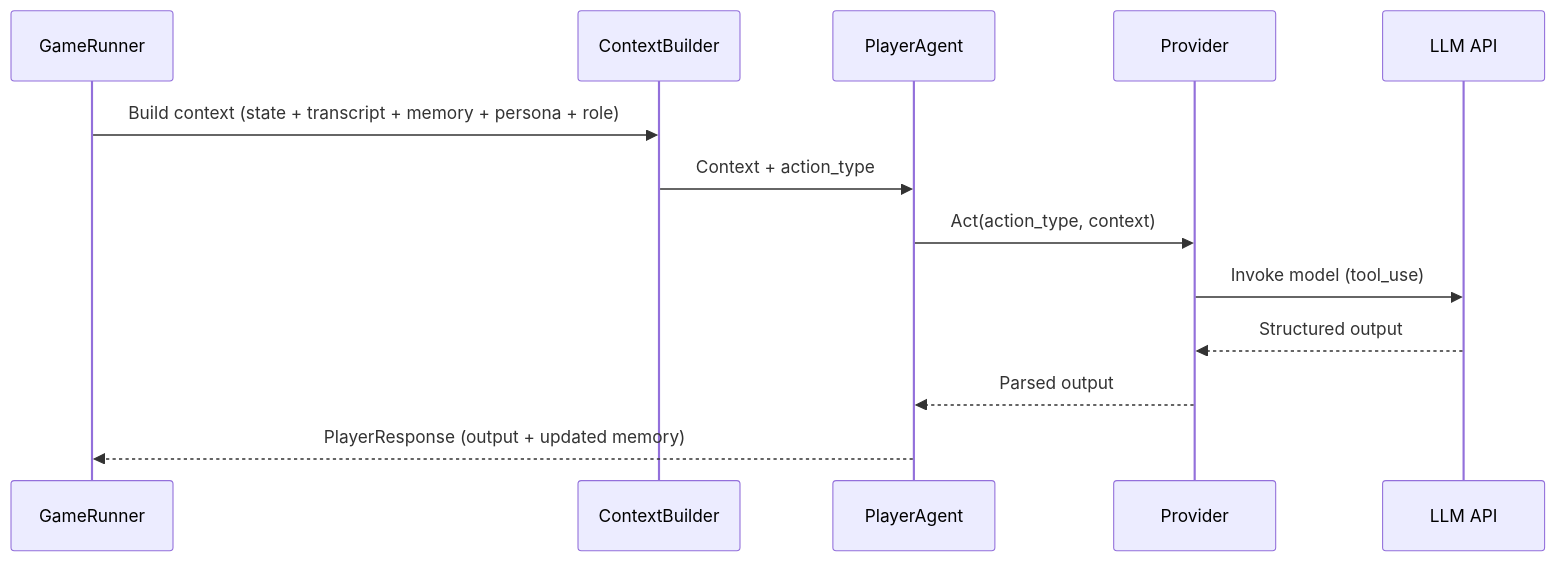
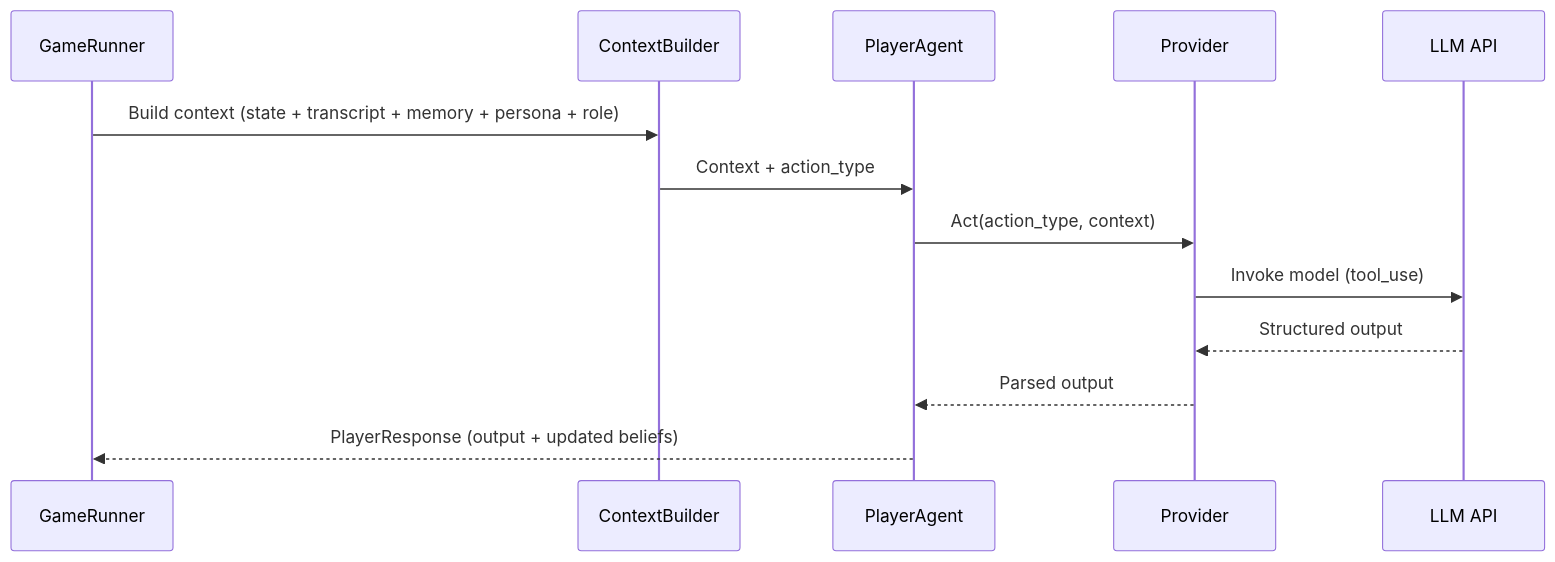
Before and after one commit to TheMntnKing/ai-mafia-league: the second of 3 diagrams in docs/03_system_design.md, drawn with Mermaid. The commit also changed other lines of this file and 11 other files, not shown here.

````diff
--- a/docs/03_system_design.md
+++ b/docs/03_system_design.md
@@ -28,16 +28,16 @@
 ```mermaid
 sequenceDiagram
     participant GR as GameRunner
     participant CB as ContextBuilder
     participant PA as PlayerAgent
     participant PR as Provider
     participant LLM as LLM API
 
     GR->>CB: Build context (state + transcript + memory + persona + role)
     CB->>PA: Context + action_type
     PA->>PR: Act(action_type, context)
     PR->>LLM: Invoke model (tool_use)
     LLM-->>PR: Structured output
     PR-->>PA: Parsed output
-    PA-->>GR: PlayerResponse (output + updated memory)
+    PA-->>GR: PlayerResponse (output + updated beliefs)
 ```
````
